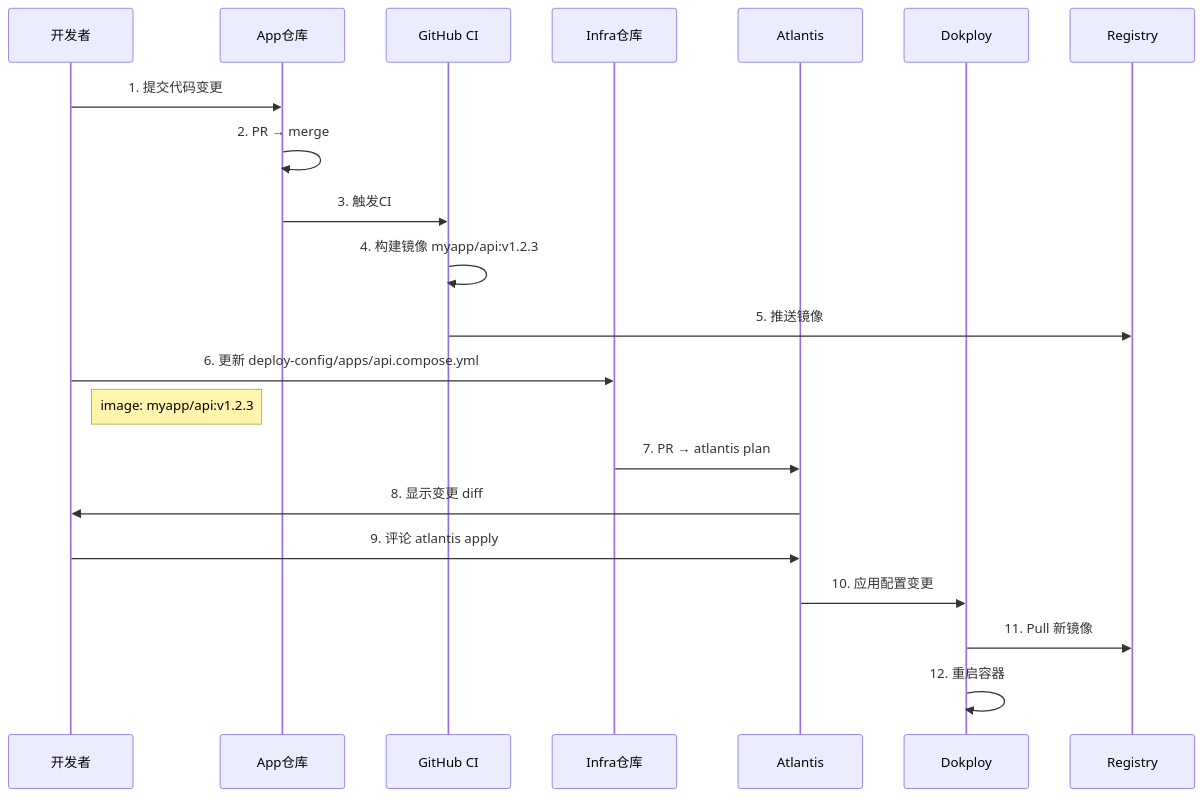
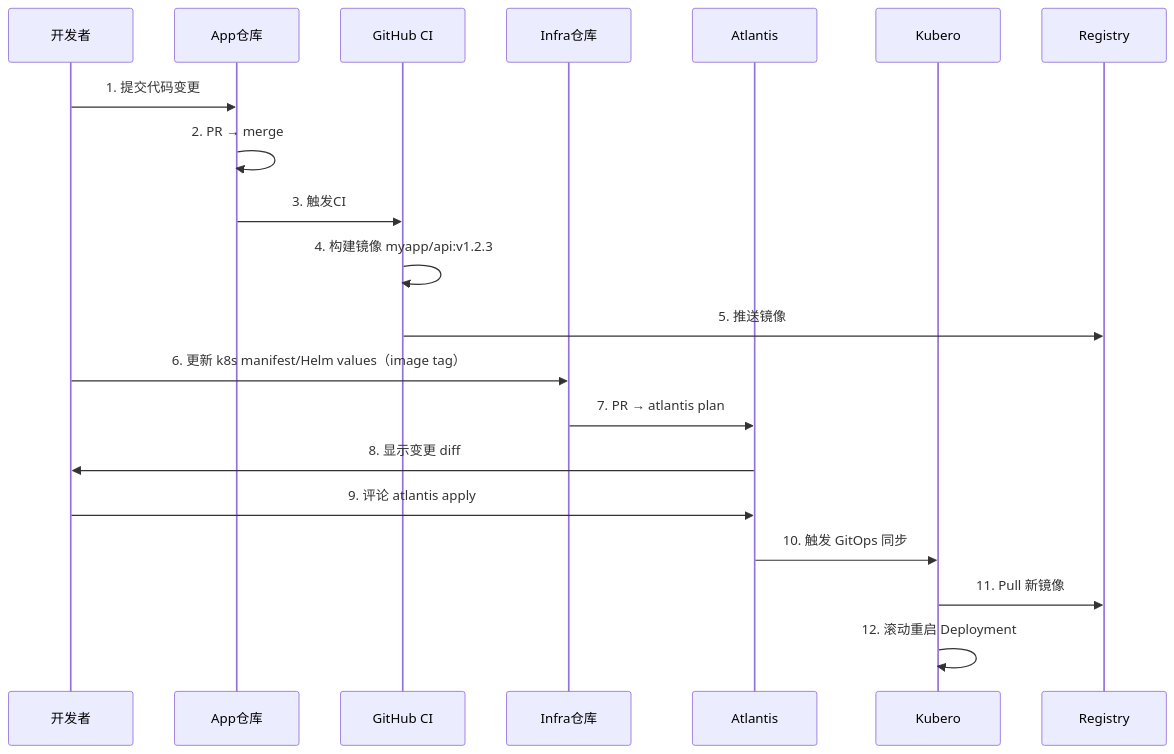
The third of 4 diagrams in docs/specs/infra/IRD-004.env_eaas_infra.md (wangzitian0/PEG-scaner), drawn with Mermaid before and after one commit. The commit also changed other lines of this file and 9 other files, not shown here.

````diff
--- a/docs/specs/infra/IRD-004.env_eaas_infra.md
+++ b/docs/specs/infra/IRD-004.env_eaas_infra.md
@@ -332,24 +269,23 @@
 ```mermaid
 sequenceDiagram
     participant Dev as 开发者
     participant AppRepo as App仓库
     participant CI as GitHub CI
     participant InfraRepo as Infra仓库
     participant Atlantis
-    participant Dokploy
+    participant Kubero
     
     Dev->>AppRepo: 1. 提交代码变更
     AppRepo->>AppRepo: 2. PR → merge
     AppRepo->>CI: 3. 触发CI
     CI->>CI: 4. 构建镜像 myapp/api:v1.2.3
     CI->>Registry: 5. 推送镜像
     
-    Dev->>InfraRepo: 6. 更新 deploy-config/apps/api.compose.yml
-    Note right of Dev: image: myapp/api:v1.2.3
+    Dev->>InfraRepo: 6. 更新 k8s manifest/Helm values（image tag）
     InfraRepo->>Atlantis: 7. PR → atlantis plan
     Atlantis->>Dev: 8. 显示变更 diff
     Dev->>Atlantis: 9. 评论 atlantis apply
-    Atlantis->>Dokploy: 10. 应用配置变更
-    Dokploy->>Registry: 11. Pull 新镜像
-    Dokploy->>Dokploy: 12. 重启容器
+    Atlantis->>Kubero: 10. 触发 GitOps 同步
+    Kubero->>Registry: 11. Pull 新镜像
+    Kubero->>Kubero: 12. 滚动重启 Deployment
 ```
````
